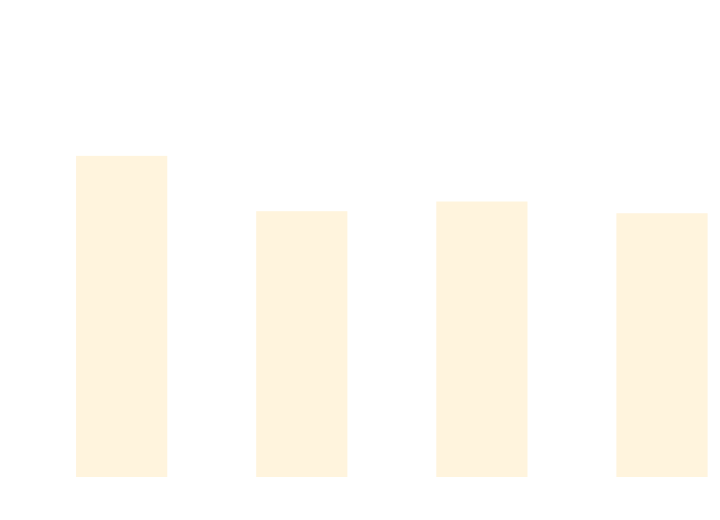
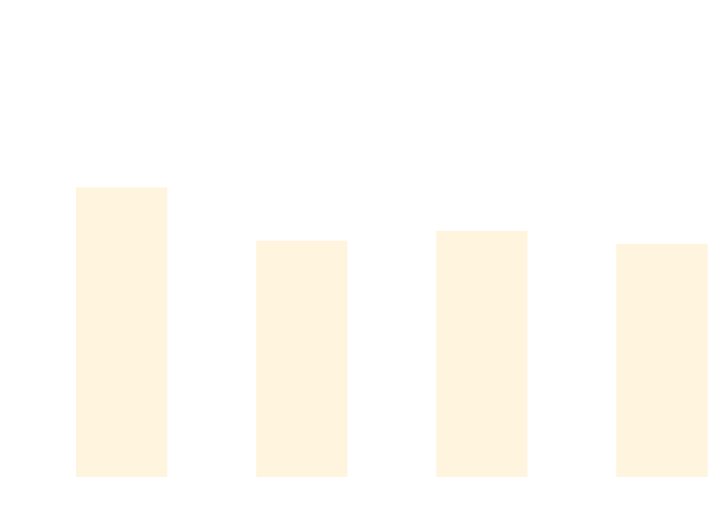
The diagram in docs/docs/benchmarks/BuildTime.md (thomhurst/TUnit), drawn with Mermaid before and after one commit. The commit also changed other lines of this file and 17 other files, not shown here.

````diff
--- a/docs/docs/benchmarks/BuildTime.md
+++ b/docs/docs/benchmarks/BuildTime.md
@@ -28,37 +28,37 @@
 ```mermaid
 %%{init: {
   'theme':'base',
   'themeVariables': {
     'primaryColor': '#2563eb',
     'primaryTextColor': '#ffffff',
     'primaryBorderColor': '#1e40af',
     'lineColor': '#6b7280',
     'secondaryColor': '#7c3aed',
     'tertiaryColor': '#dc2626',
     'background': '#ffffff',
     'mainBkg': '#2563eb',
     'secondBkg': '#7c3aed',
     'tertiaryBkg': '#dc2626',
     'clusterBkg': '#f3f4f6',
     'edgeLabelBackground': '#ffffff',
     'tertiaryTextColor': '#1f2937',
     'pie1': '#2563eb',
     'pie2': '#7c3aed',
     'pie3': '#dc2626',
     'pie4': '#f59e0b',
     'pie5': '#10b981',
     'pie6': '#06b6d4',
     'pie7': '#ec4899',
     'pie8': '#6366f1',
     'pie9': '#84cc16',
     'pie10': '#f97316',
     'pie11': '#14b8a6',
     'pie12': '#a855f7'
   }
 }}%%
 xychart-beta
   title "Build Time Comparison"
   x-axis ["Build_TUnit", "Build_NUnit", "Build_MSTest", "Build_xUnit3"]
   y-axis "Time (s)" 0 --> 3
-  bar [2.297, 1.891, 1.962, 1.876]
+  bar [2.066, 1.675, 1.747, 1.651]
 ```
````
